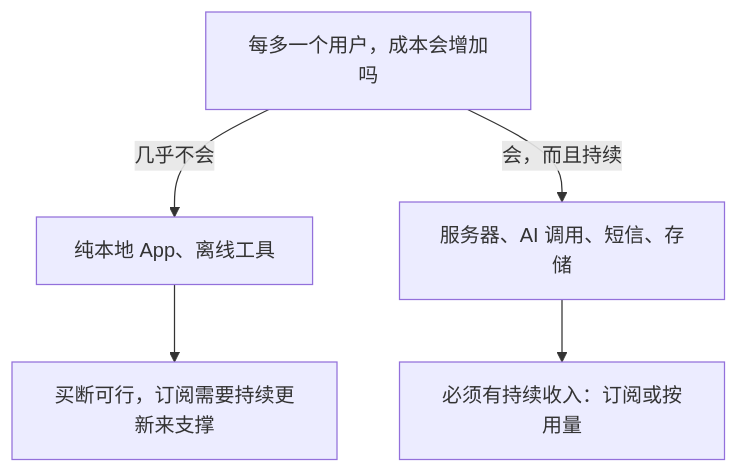
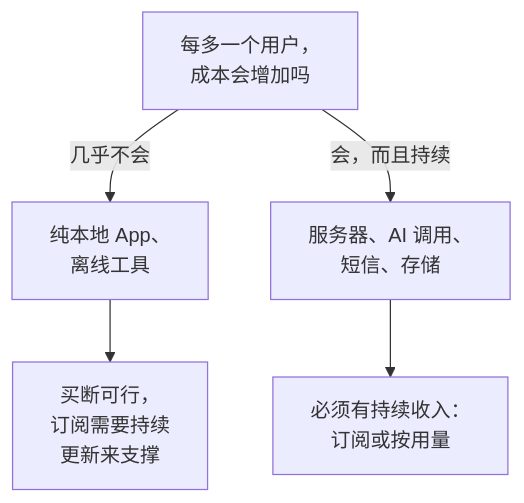
One commit to jarvis-pro/hatch-shelf changed the first of 2 diagrams in books/pricing-monetization/01-business-models.md. Above: the diagram before and after it, drawn with Mermaid. The commit also changed other lines of this file and 432 other files, not shown here.

````diff
--- a/books/pricing-monetization/01-business-models.md
+++ b/books/pricing-monetization/01-business-models.md
@@ -46,7 +46,7 @@
 ```mermaid
 flowchart TD
-  A["每多一个用户，成本会增加吗"] -->|"几乎不会"| B["纯本地 App、离线工具"]
-  A -->|"会，而且持续"| C["服务器、AI 调用、短信、存储"]
-  B --> D["买断可行，订阅需要持续更新来支撑"]
-  C --> E["必须有持续收入：订阅或按用量"]
+  A["每多一个用户，<br/>成本会增加吗"] -->|"几乎不会"| B["纯本地 App、<br/>离线工具"]
+  A -->|"会，而且持续"| C["服务器、AI 调用、<br/>短信、存储"]
+  B --> D["买断可行，<br/>订阅需要持续<br/>更新来支撑"]
+  C --> E["必须有持续收入：<br/>订阅或按用量"]
 ```
````
